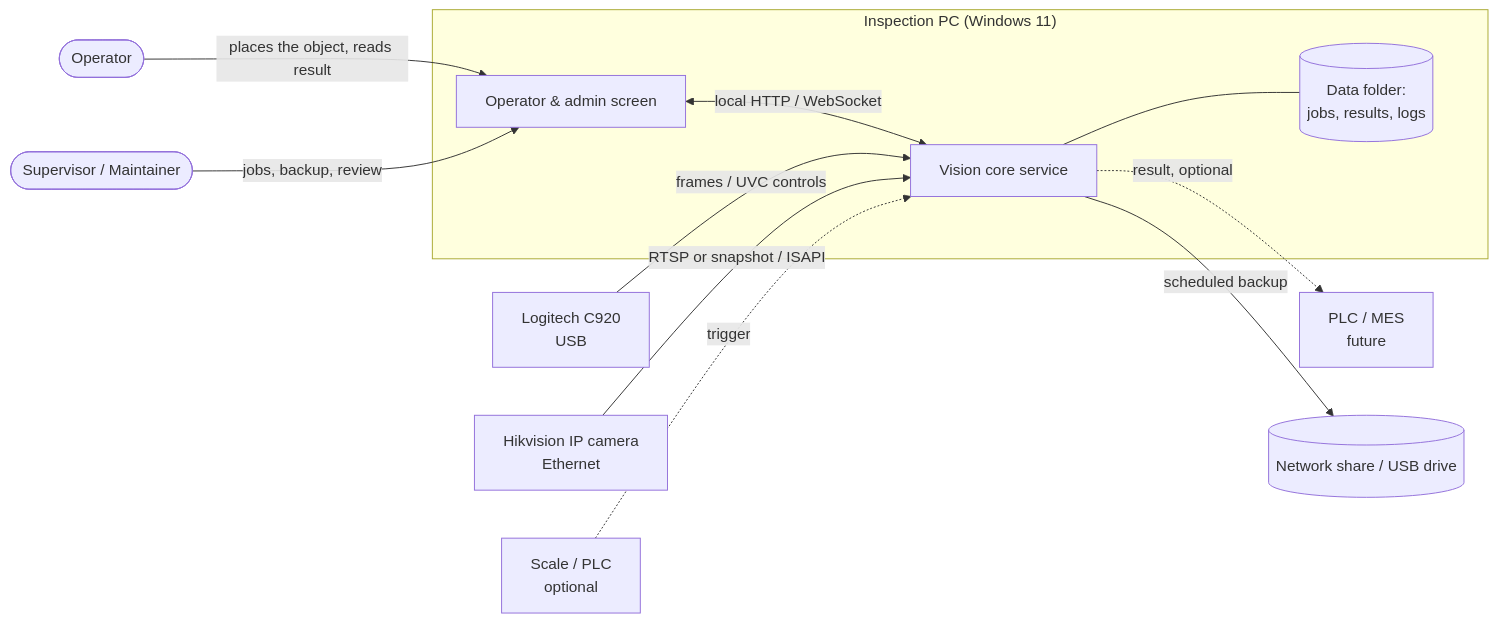
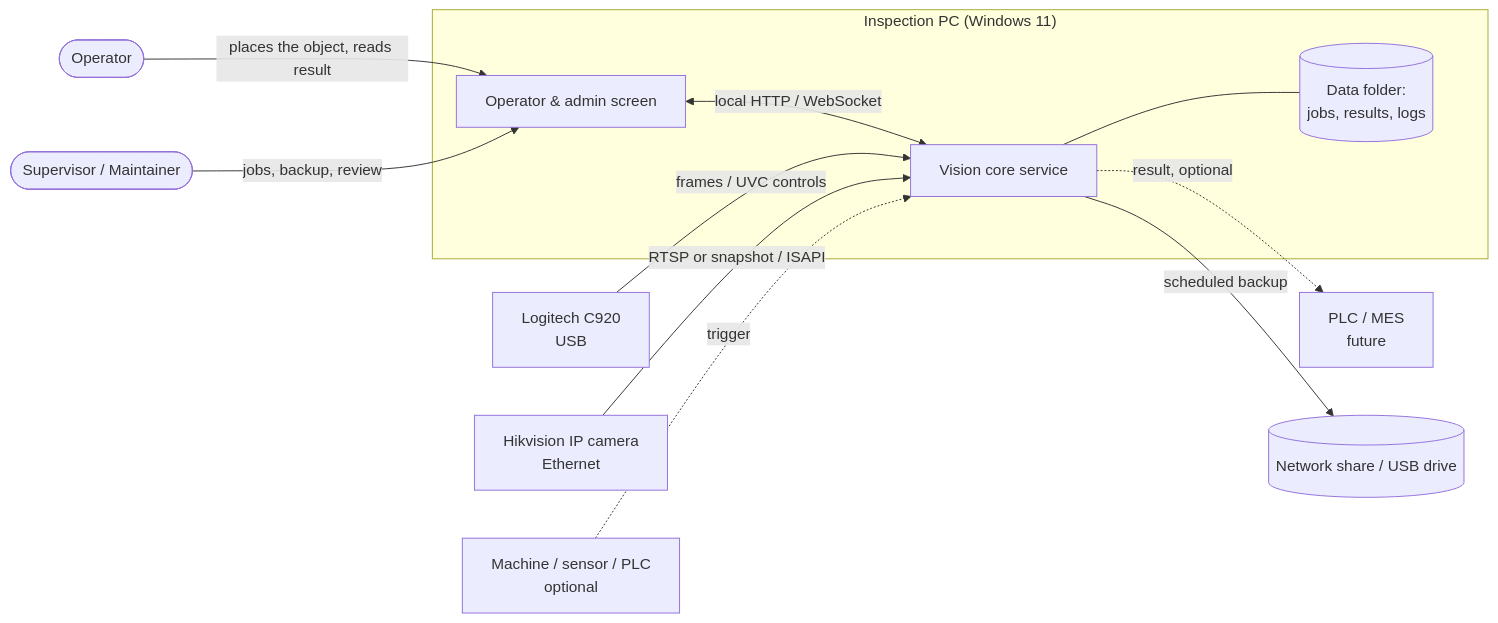
Before and after one commit to LucasSiedschlag/vision-station: the first of 5 diagrams in docs/architecture.md, drawn with Mermaid. The commit also changed other lines of this file and 7 other files, not shown here.

````diff
--- a/docs/architecture.md
+++ b/docs/architecture.md
@@ -41,16 +41,16 @@
 ```mermaid
 flowchart LR
     OP([Operator]) -->|places the object, reads result| UI
     SUP([Supervisor / Maintainer]) -->|jobs, backup, review| UI
     subgraph PC["Inspection PC (Windows 11)"]
         UI[Operator & admin screen]
         CORE[Vision core service]
         UI <-->|local HTTP / WebSocket| CORE
         CORE --- DATA[(Data folder:<br/>jobs, results, logs)]
     end
     CAM1[Logitech C920<br/>USB] -->|frames / UVC controls| CORE
     CAM2[Hikvision IP camera<br/>Ethernet] -->|RTSP or snapshot / ISAPI| CORE
-    SCALE[Scale / PLC<br/>optional] -.->|trigger| CORE
+    SCALE[Machine / sensor / PLC<br/>optional] -.->|trigger| CORE
     CORE -.->|result, optional| EXT[PLC / MES<br/>future]
     CORE -->|scheduled backup| BK[(Network share / USB drive)]
 ```
````
